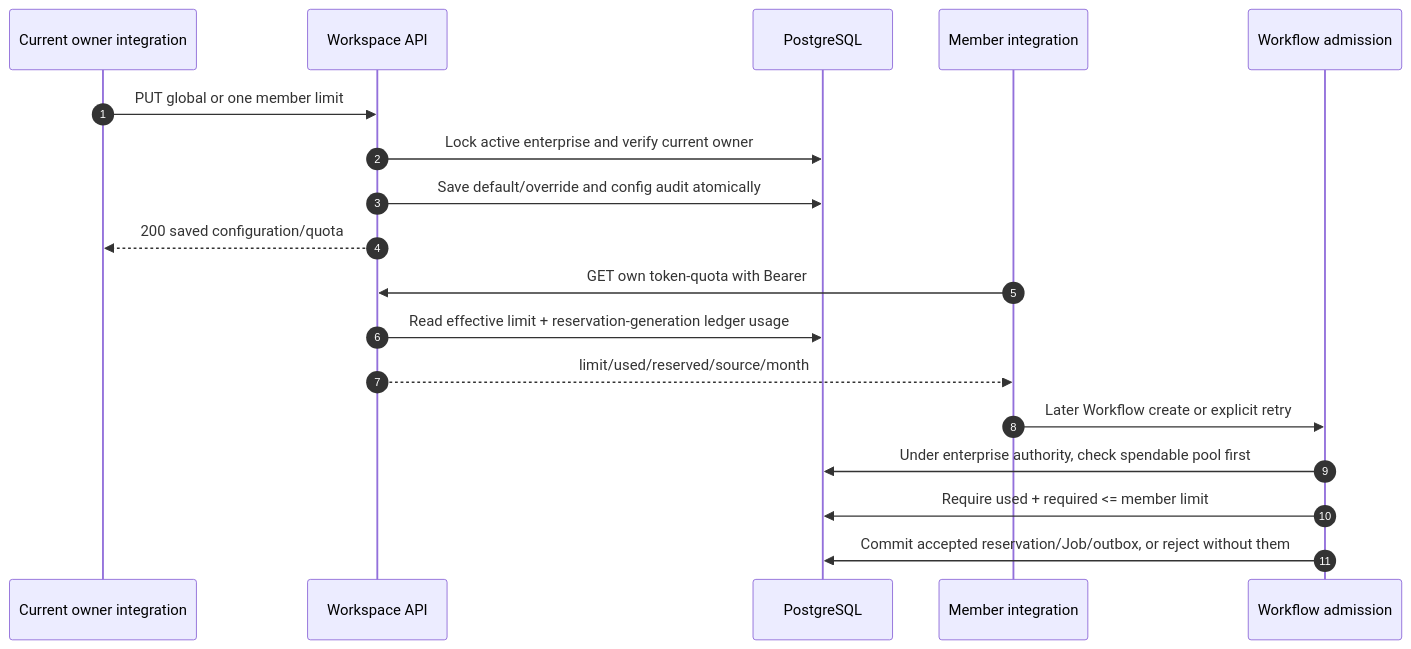
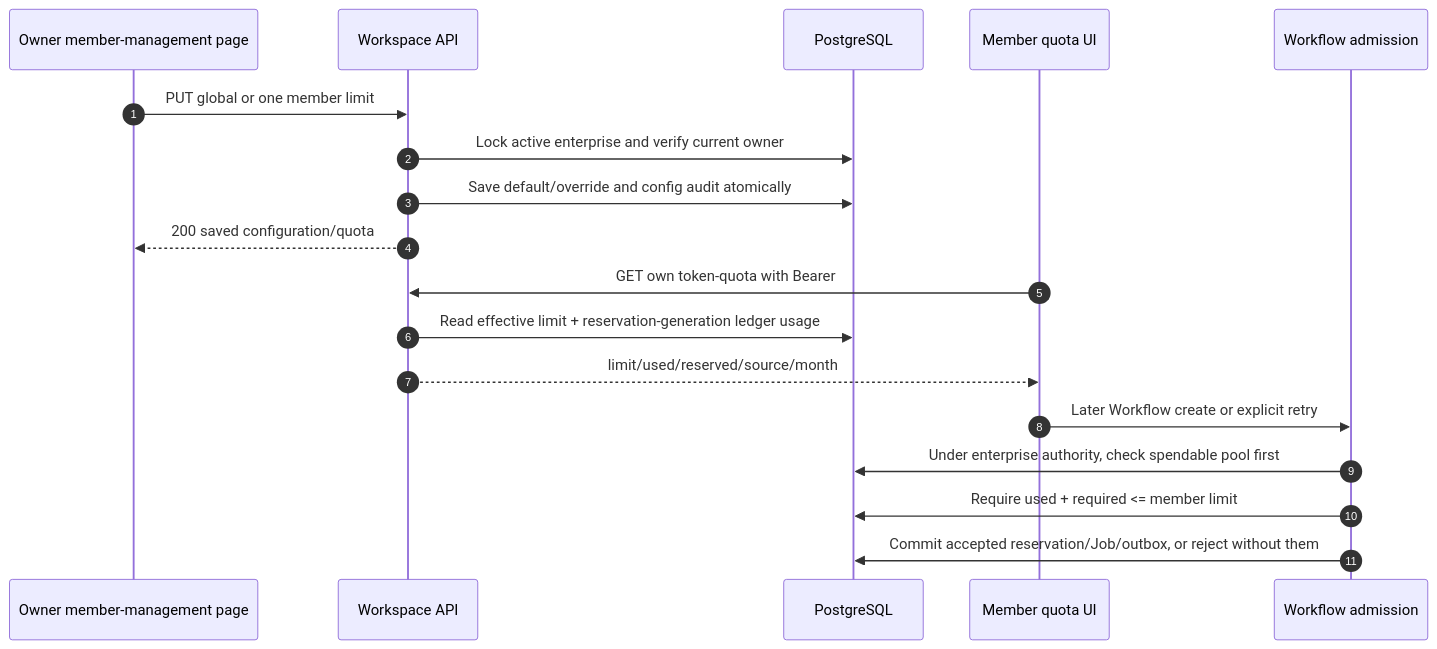
One commit to Orientation-CD/docs changed the diagram in reference/flows/member-quota-flow.md. Above: the diagram before and after it, drawn with Mermaid. The commit also changed other lines of this file and 203 other files, not shown here.

````diff
--- a/reference/flows/member-quota-flow.md
+++ b/reference/flows/member-quota-flow.md
@@ -7,20 +7,20 @@
 ```mermaid
 sequenceDiagram
   autonumber
-  participant O as Current owner integration
+  participant O as Owner member-management page
   participant API as Workspace API
   participant DB as PostgreSQL
-  participant M as Member integration
+  participant M as Member quota UI
   participant A as Workflow admission
   O->>API: PUT global or one member limit
   API->>DB: Lock active enterprise and verify current owner
   API->>DB: Save default/override and config audit atomically
   API-->>O: 200 saved configuration/quota
   M->>API: GET own token-quota with Bearer
   API->>DB: Read effective limit + reservation-generation ledger usage
   API-->>M: limit/used/reserved/source/month
   M->>A: Later Workflow create or explicit retry
   A->>DB: Under enterprise authority, check spendable pool first
   A->>DB: Require used + required <= member limit
   A->>DB: Commit accepted reservation/Job/outbox, or reject without them
 ```
````
